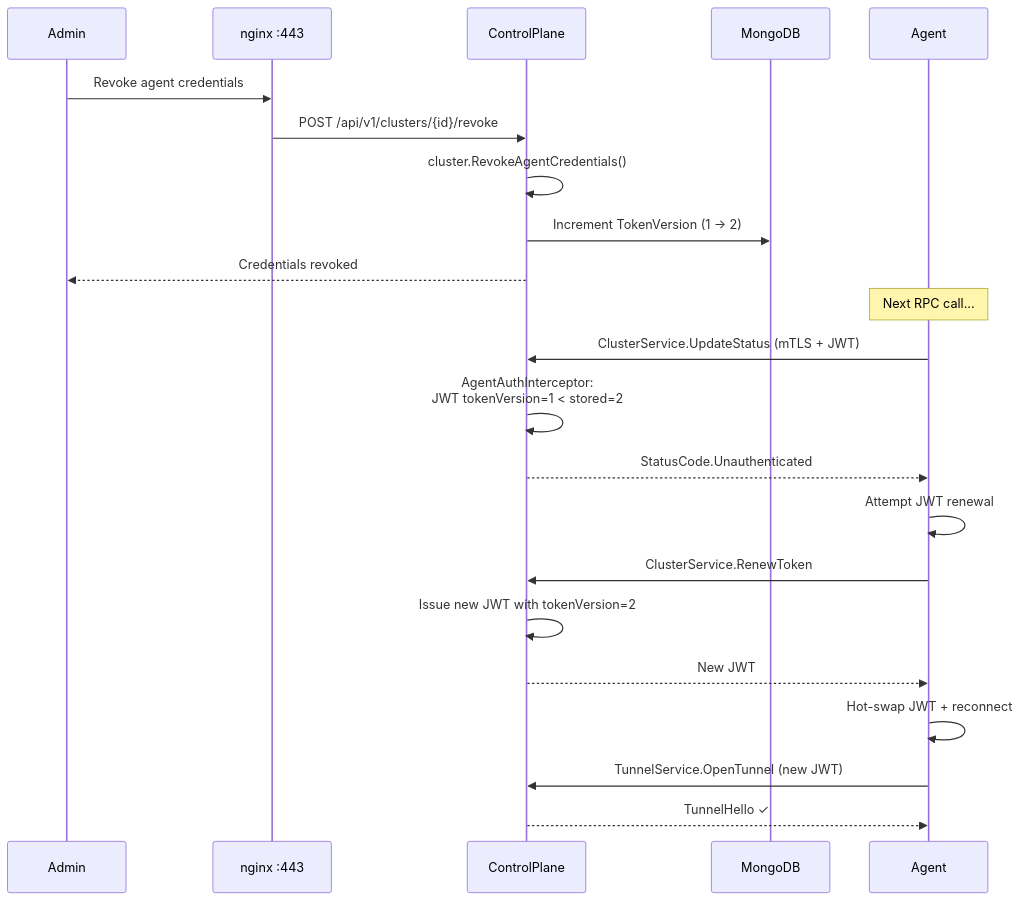
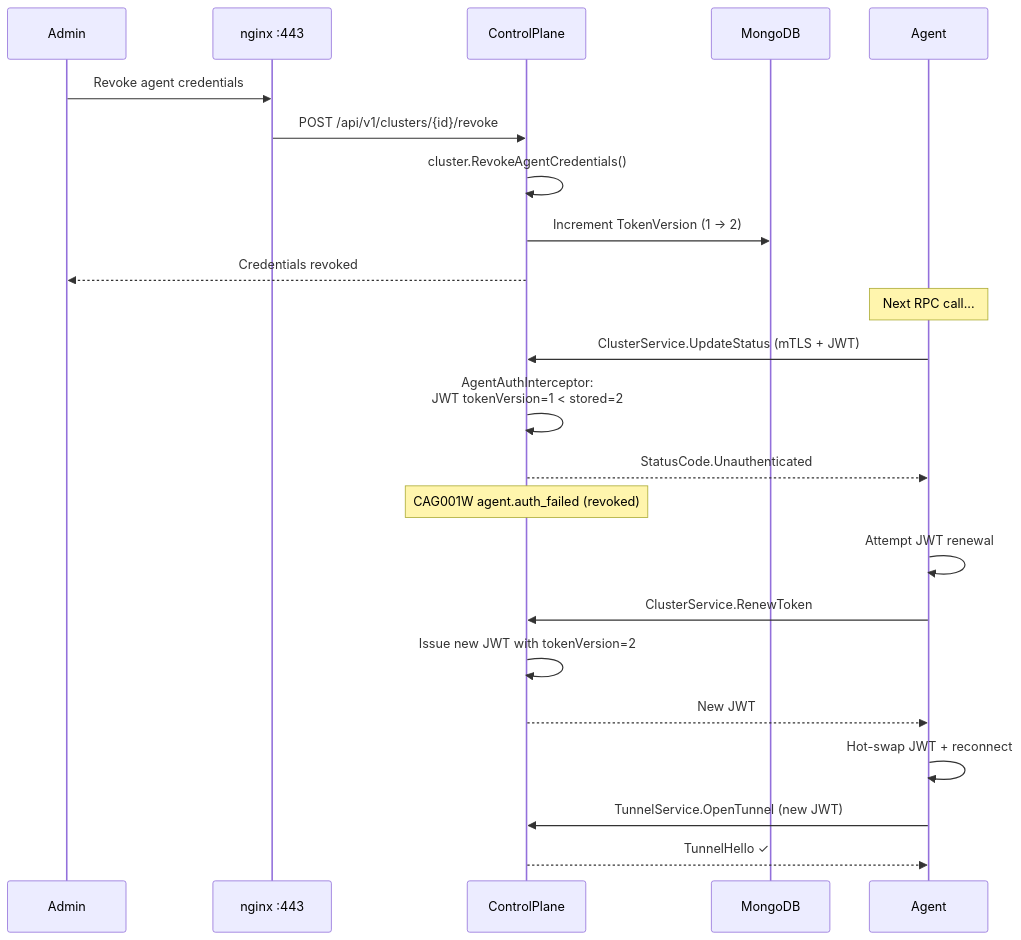
The tenth of 18 diagrams in README.md (Clustral/clustral), drawn with Mermaid before and after one commit. The commit also changed other lines of this file and 15 other files, not shown here.

First line of the commit message:
feat(audit): add warning events for agent auth, credential, and proxy failures

````diff
--- a/README.md
+++ b/README.md
@@ -464,26 +466,27 @@
 ```mermaid
 sequenceDiagram
     participant Admin
     participant NGX as nginx :443
     participant CP as ControlPlane
     participant DB as MongoDB
     participant Agent
 
     Admin->>NGX: Revoke agent credentials
     NGX->>CP: POST /api/v1/clusters/{id}/revoke
     CP->>CP: cluster.RevokeAgentCredentials()
     CP->>DB: Increment TokenVersion (1 → 2)
     CP-->>Admin: Credentials revoked
 
     Note over Agent: Next RPC call...
     Agent->>CP: ClusterService.UpdateStatus (mTLS + JWT)
     CP->>CP: AgentAuthInterceptor:<br/>JWT tokenVersion=1 < stored=2
     CP-->>Agent: StatusCode.Unauthenticated
+    Note over CP: CAG001W agent.auth_failed (revoked)
     Agent->>Agent: Attempt JWT renewal
     Agent->>CP: ClusterService.RenewToken
     CP->>CP: Issue new JWT with tokenVersion=2
     CP-->>Agent: New JWT
     Agent->>Agent: Hot-swap JWT + reconnect
     Agent->>CP: TunnelService.OpenTunnel (new JWT)
     CP-->>Agent: TunnelHello ✓
 ```
````
